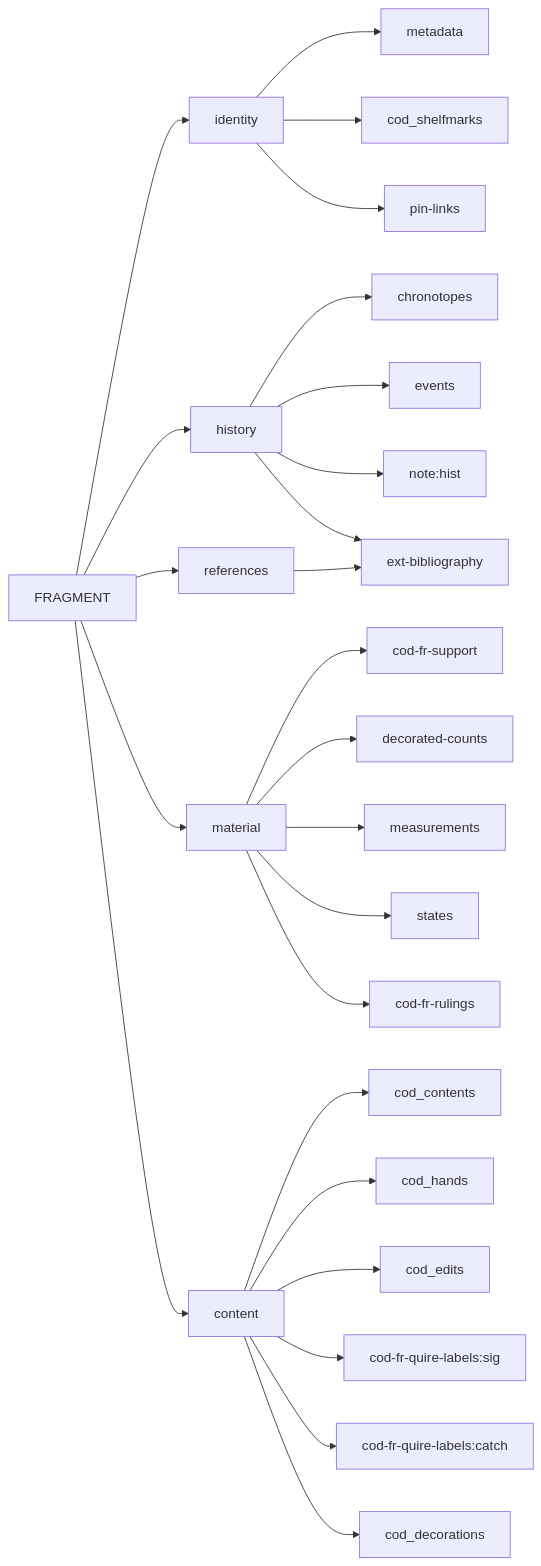
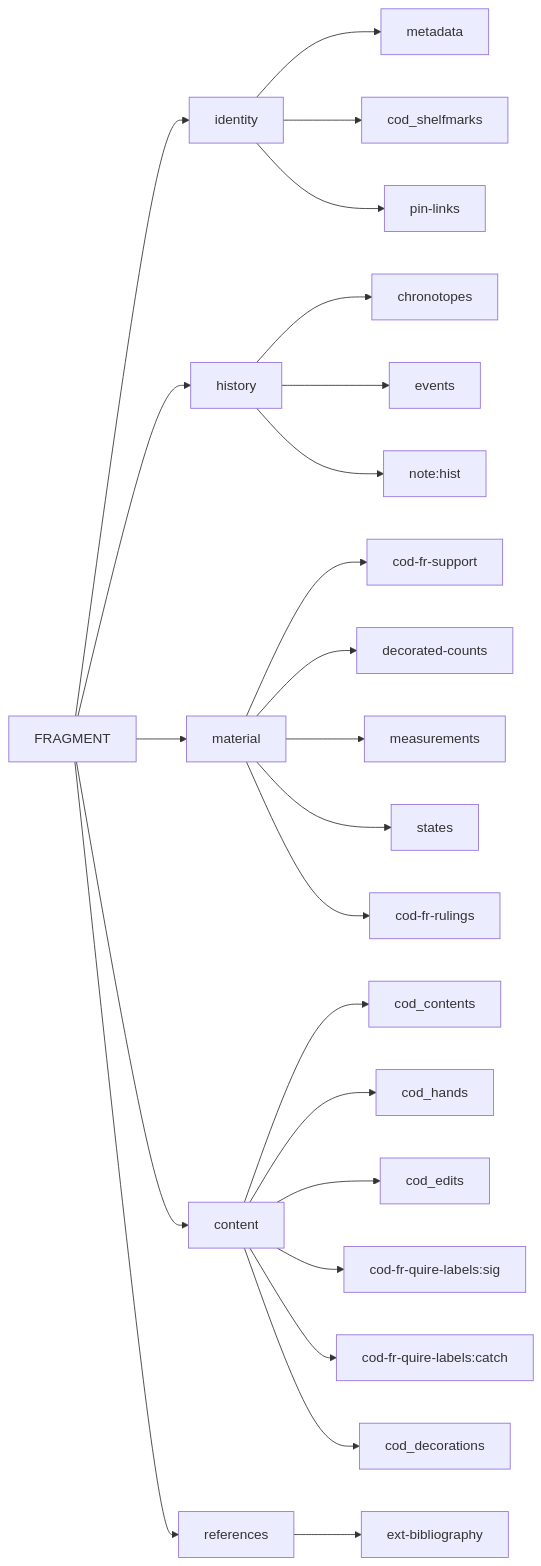
The diagram in README.md (vedph/cadmus-ndp-frac), drawn with Mermaid before and after one commit.

````diff
--- a/README.md
+++ b/README.md
@@ -23,27 +23,26 @@
 ```mermaid
 graph LR;
 FRAGMENT --> identity
 identity --> metadata
 identity --> cod_shelfmarks
 identity --> pin-links
 FRAGMENT --> history
 history --> chronotopes
 history --> events
 history --> note:hist
-history --> ext-bibliography
 FRAGMENT --> material
 material --> cod-fr-support
 material --> decorated-counts
 material --> measurements
 material --> states
 material --> cod-fr-rulings
 FRAGMENT --> content
 content --> cod_contents
 content --> cod_hands
 content --> cod_edits
 content --> cod-fr-quire-labels:sig
 content --> cod-fr-quire-labels:catch
 content --> cod_decorations
 FRAGMENT --> references
 references --> ext-bibliography
 ```
````
